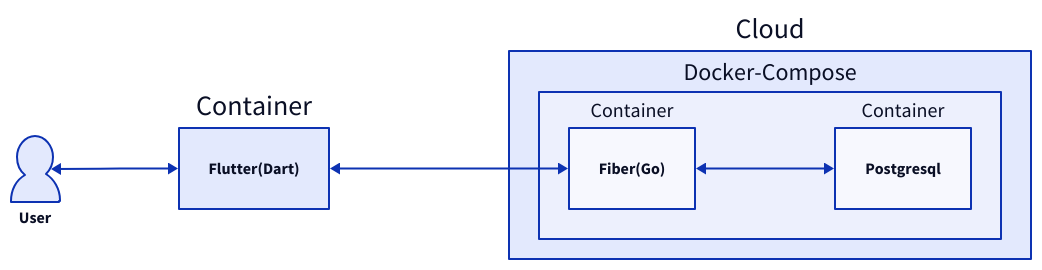
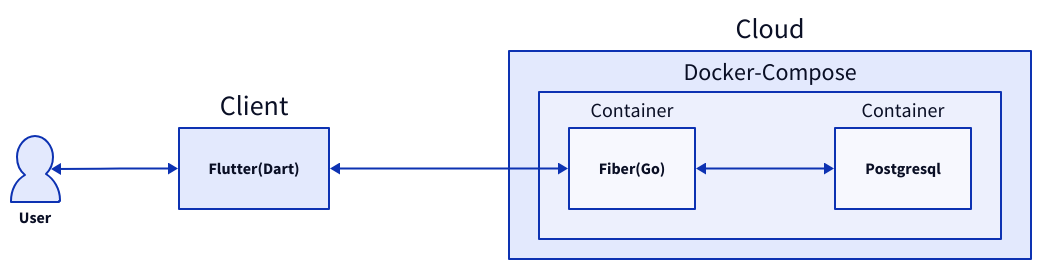
One commit to yusong-offx/todo-list changed the diagram in assets/struct.d2. Above: the diagram before and after it, drawn with D2. The commit also changed 1 other file, not shown here.

Commit message:
docs : fix struct.svg In struct.svg, flutter fix to client.

```diff
--- a/assets/struct.d2
+++ b/assets/struct.d2
@@ -1,18 +1,18 @@
 Cloud: {
     Docker-Compose:{
         Fiber(Go): Container{
             Fiber(Go).shape: Text
         }
         Postgresql: Container{
             Postgresql.shape: Text
         }
         Fiber(Go) <-> Postgresql
     }
 }
 
 direction: right
-Flutter(Dart): Container {
+Flutter(Dart): Client {
     Flutter(Dart).shape: Text
 }
 User.shape: person
 User <-> Flutter(Dart) <-> Cloud.Docker-Compose.Fiber(Go)
```
